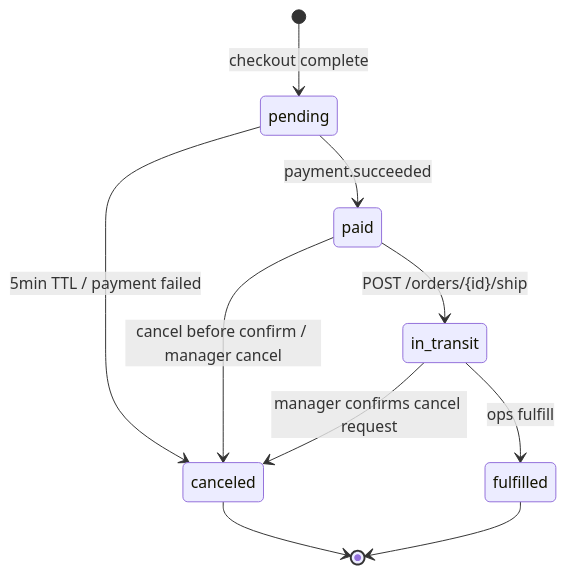
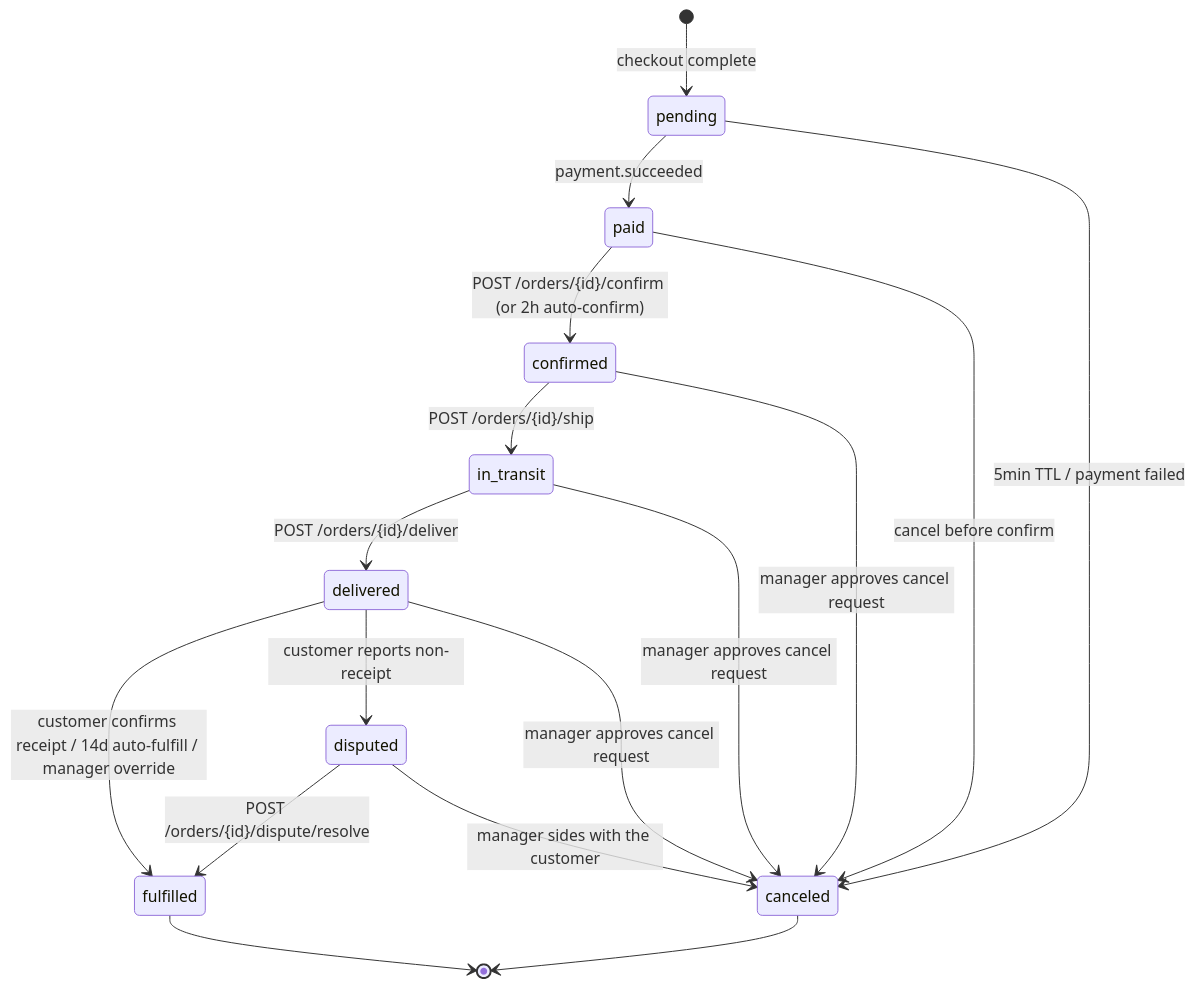
The first of 2 diagrams in docs/payment-service.md (elug3/dupli1), drawn with Mermaid before and after one commit. The commit also changed other lines of this file and 16 other files, not shown here.

First line of the commit message:
Add confirmed and delivered order stages with dispute handling

````diff
--- a/docs/payment-service.md
+++ b/docs/payment-service.md
@@ -23,12 +26,19 @@
 ```mermaid
 stateDiagram-v2
     [*] --> pending: checkout complete
     pending --> paid: payment.succeeded
     pending --> canceled: 5min TTL / payment failed
-    paid --> in_transit: POST /orders/{id}/ship
-    paid --> canceled: cancel before confirm / manager cancel
-    in_transit --> fulfilled: ops fulfill
-    in_transit --> canceled: manager confirms cancel request
+    paid --> confirmed: POST /orders/{id}/confirm (or 2h auto-confirm)
+    paid --> canceled: cancel before confirm
+    confirmed --> in_transit: POST /orders/{id}/ship
+    confirmed --> canceled: manager approves cancel request
+    in_transit --> delivered: POST /orders/{id}/deliver
+    in_transit --> canceled: manager approves cancel request
+    delivered --> fulfilled: customer confirms receipt / 14d auto-fulfill / manager override
+    delivered --> disputed: customer reports non-receipt
+    delivered --> canceled: manager approves cancel request
+    disputed --> fulfilled: POST /orders/{id}/dispute/resolve
+    disputed --> canceled: manager sides with the customer
     canceled --> [*]
     fulfilled --> [*]
 ```
````
